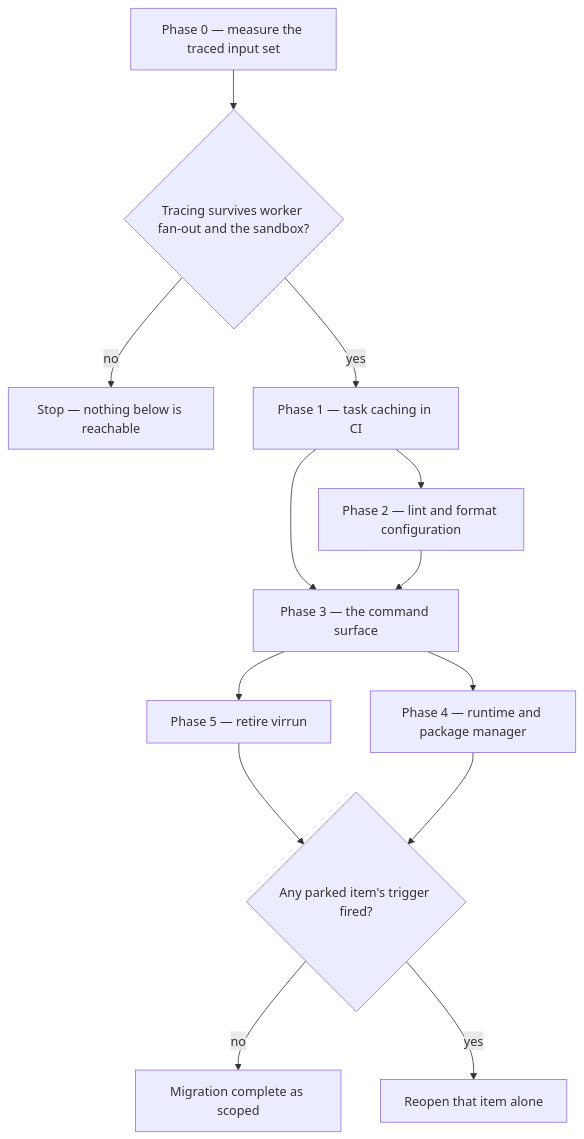
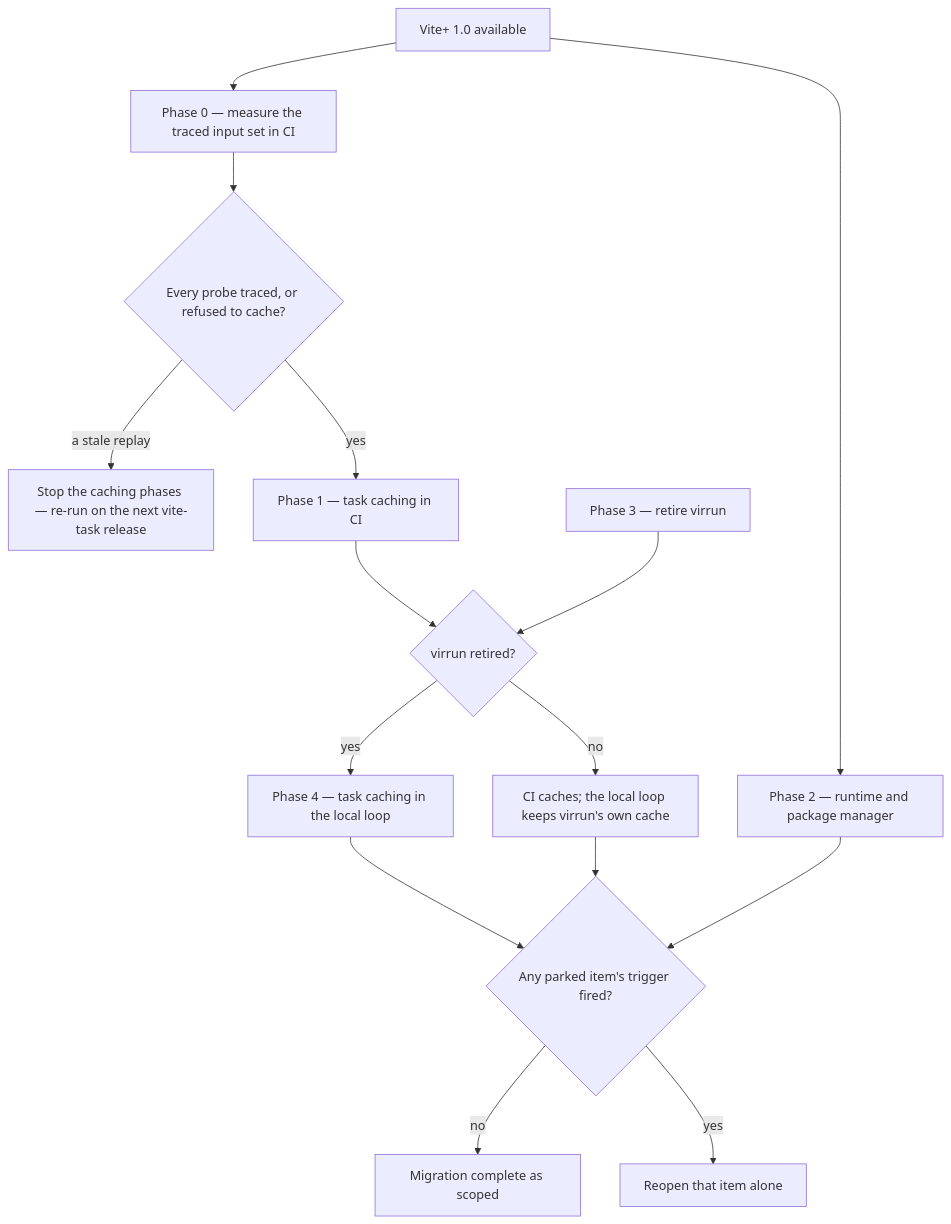
One commit to Esposter/Esposter changed the diagram in apps/web/content/docs/proposals/refactors/vite-plus/phases.md. Above: the diagram before and after it, drawn with Mermaid. The commit also changed other lines of this file and 8 other files, not shown here.

First line of the commit message:
docs(proposals): the Vite+ migration is re-read against 1.0 — only the measurement runs now

````diff
--- a/apps/web/content/docs/proposals/refactors/vite-plus/phases.md
+++ b/apps/web/content/docs/proposals/refactors/vite-plus/phases.md
@@ -13,15 +13,17 @@
 ```mermaid
 flowchart TD
-  probe["Phase 0 — measure the traced input set"] --> ok{"Tracing survives worker fan-out and the sandbox?"}
-  ok -->|no| stop["Stop — nothing below is reachable"]
+  start["Vite+ 1.0 available"] --> probe["Phase 0 — measure the traced input set in CI"]
+  start --> rt["Phase 2 — runtime and package manager"]
+  probe --> ok{"Every probe traced, or refused to cache?"}
+  ok -->|"a stale replay"| stop["Stop the caching phases — re-run on the next vite-task release"]
   ok -->|yes| ci["Phase 1 — task caching in CI"]
-  ci --> cfg["Phase 2 — lint and format configuration"]
-  ci --> cmd["Phase 3 — the command surface"]
-  cfg --> cmd
-  cmd --> rt["Phase 4 — runtime and package manager"]
-  cmd --> retire["Phase 5 — retire virrun"]
-  retire --> parked{"Any parked item's trigger fired?"}
+  ci --> local{"virrun retired?"}
+  retire["Phase 3 — retire virrun"] --> local
+  local -->|yes| loop["Phase 4 — task caching in the local loop"]
+  local -->|no| ciOnly["CI caches; the local loop keeps virrun's own cache"]
+  loop --> parked{"Any parked item's trigger fired?"}
+  ciOnly --> parked
   rt --> parked
   parked -->|no| done["Migration complete as scoped"]
   parked -->|yes| reopen["Reopen that item alone"]
 ```
````
